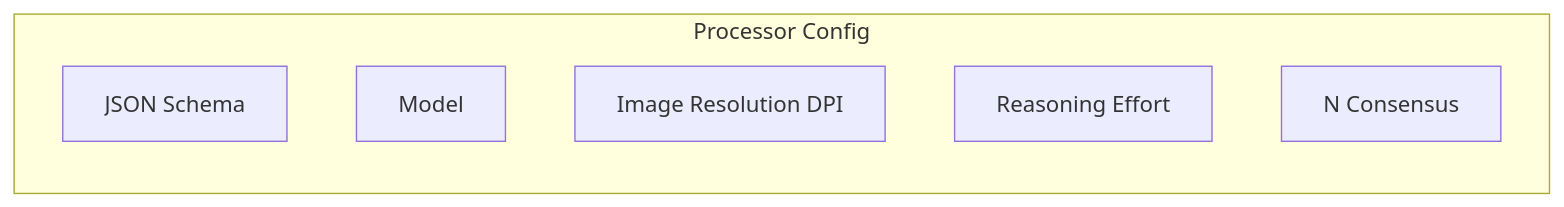
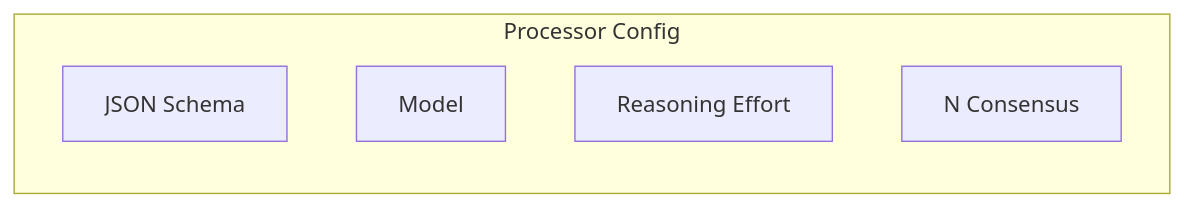
Before and after one commit to retab-dev/docs: the diagram in core-concepts/Processors.mdx, drawn with Mermaid. The commit also changed other lines of this file and 40 other files, not shown here.

````diff
--- a/core-concepts/Processors.mdx
+++ b/core-concepts/Processors.mdx
@@ -3,10 +3,9 @@
 ```mermaid
 graph BT
     subgraph PS["Processor Config"]
         JS["JSON Schema"]
         M["Model"]
-        DPI["Image Resolution DPI"]
         RE["Reasoning Effort"]
         NC["N Consensus"]
     end
 ```
````
